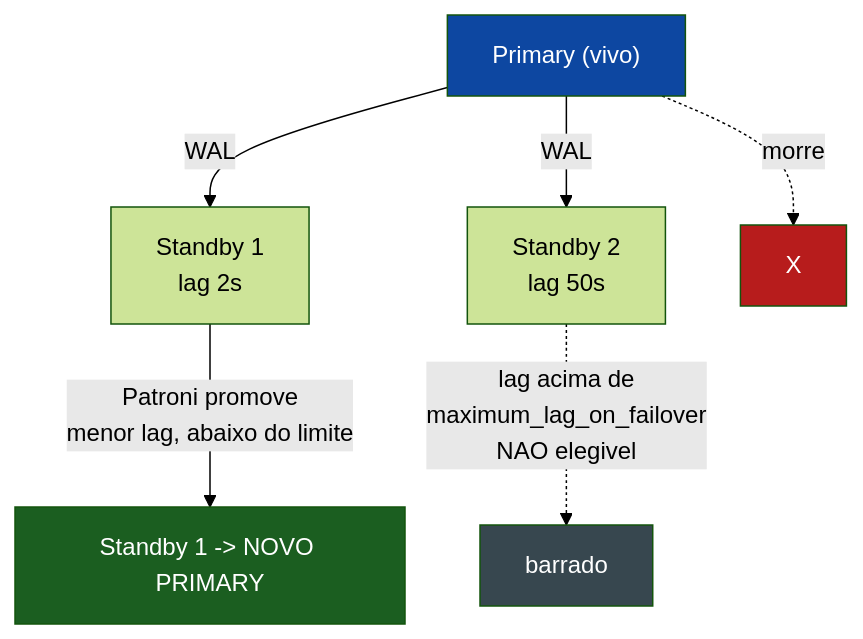
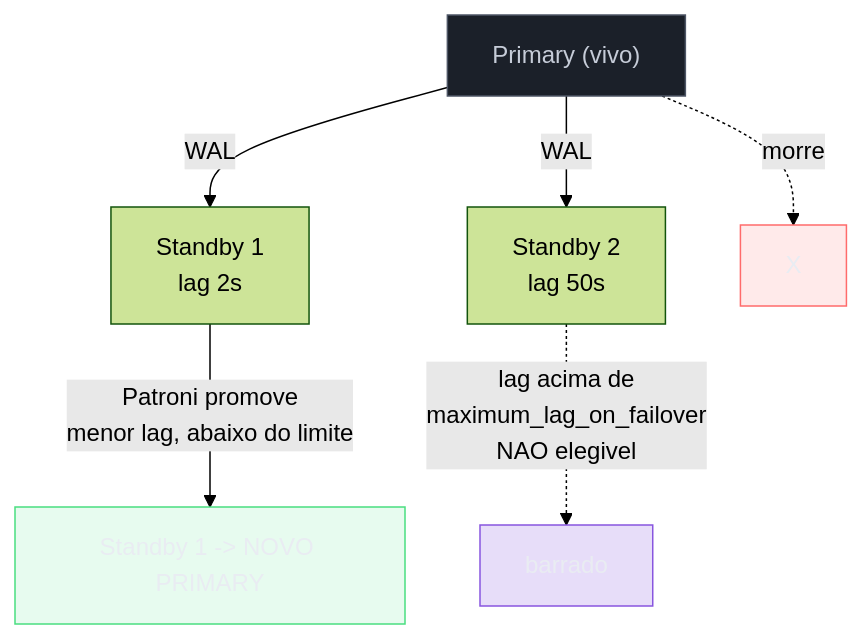
Before and after one commit to josenaldo/codex-technomanticus: the fourth of 5 diagrams in 03-Dominios/Ciência/Banco de Dados/15 - Operação em produção.md, drawn with Mermaid (forest theme). The commit also changed other lines of this file and 1181 other files, not shown here.

First line of the commit message:
fix(diagramas): paleta do sistema no lugar de cor cravada no markdown

````diff
--- a/03-Dominios/Ciência/Banco de Dados/15 - Operação em produção.md
+++ b/03-Dominios/Ciência/Banco de Dados/15 - Operação em produção.md
@@ -199,12 +207,16 @@
 ```mermaid
 flowchart TD
+    classDef neutro fill:#1B2029,stroke:#4E5666,color:#C6CCD8
+    classDef falha fill:#FF6B6B24,stroke:#FF6B6B,color:#E9ECF2
+    classDef ok fill:#4ADE8021,stroke:#4ADE80,color:#E9ECF2
+    classDef marca fill:#8855DF33,stroke:#8855DF,color:#E9ECF2
     P["Primary (vivo)"] -->|WAL| S1["Standby 1<br/>lag 2s"]
     P -->|WAL| S2["Standby 2<br/>lag 50s"]
     P -. morre .-> X["X"]
     S1 -->|Patroni promove<br/>menor lag, abaixo do limite| NP["Standby 1 -> NOVO PRIMARY"]
     S2 -.->|lag acima de<br/>maximum_lag_on_failover<br/>NAO elegivel| BLOCK["barrado"]
-    style P fill:#0d47a1,color:#fff
-    style X fill:#b71c1c,color:#fff
-    style NP fill:#1b5e20,color:#fff
-    style BLOCK fill:#37474f,color:#fff
+    class P neutro
+    class X falha
+    class NP ok
+    class BLOCK marca
 ```
````
